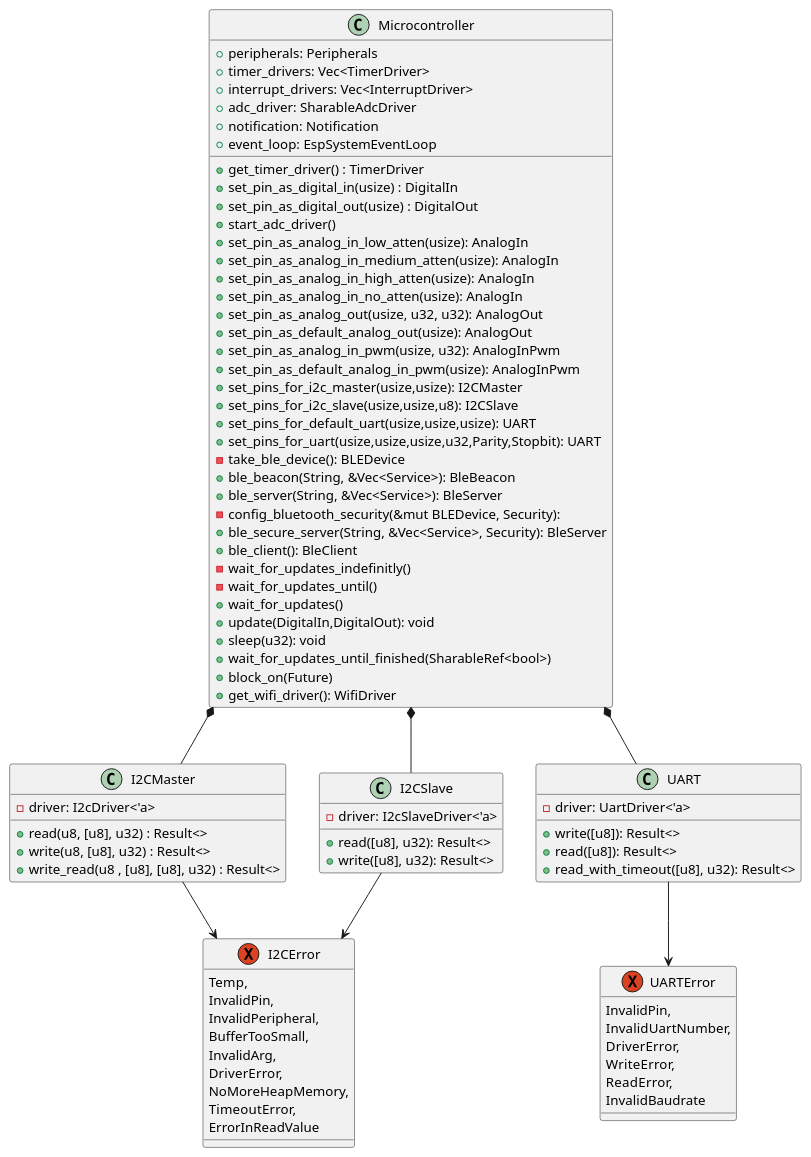
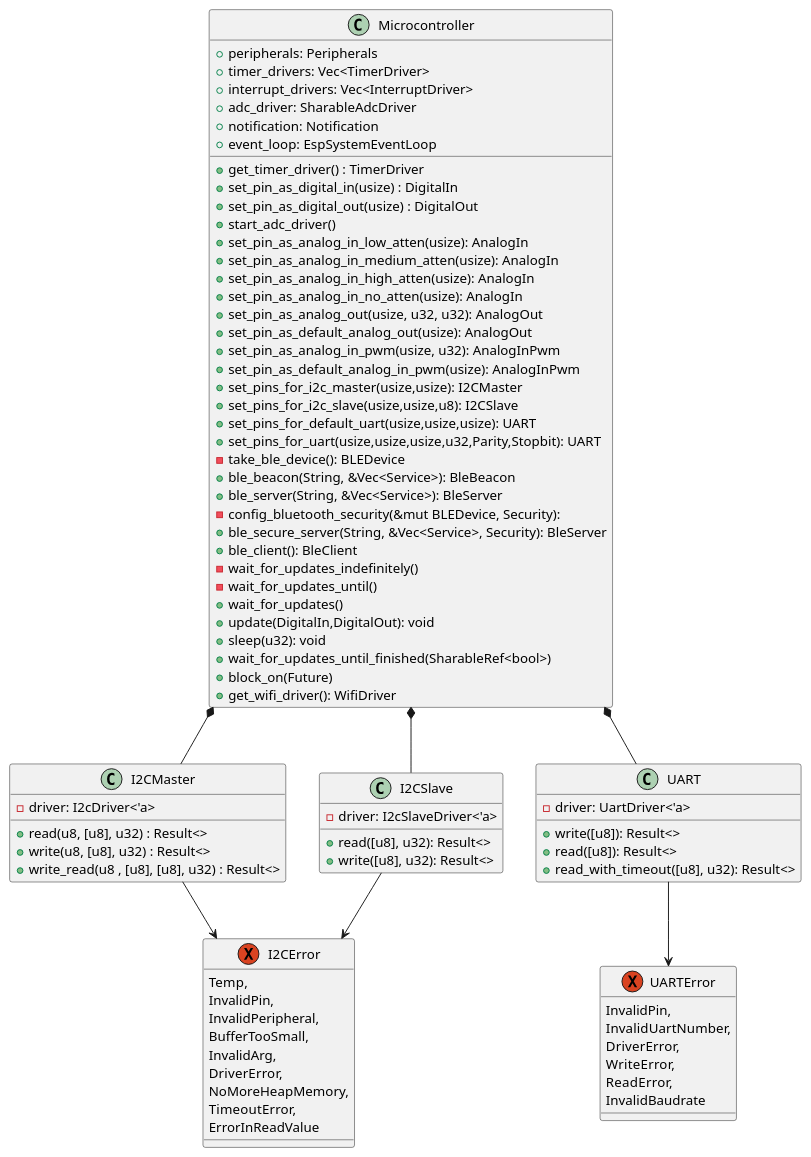
The diagram in diagrams/microcontroller-serial.puml (esp32framework/esp32framework), drawn with PlantUML before and after one commit. The commit also changed 6 other files, not shown here.

```diff
--- a/diagrams/microcontroller-serial.puml
+++ b/diagrams/microcontroller-serial.puml
@@ -1,91 +1,91 @@
 @startuml Microcontroller serial
 
 class Microcontroller {
     + peripherals: Peripherals
     + timer_drivers: Vec<TimerDriver>
     + interrupt_drivers: Vec<InterruptDriver>
     + adc_driver: SharableAdcDriver
     + notification: Notification
     + event_loop: EspSystemEventLoop
     + get_timer_driver() : TimerDriver
     + set_pin_as_digital_in(usize) : DigitalIn
     + set_pin_as_digital_out(usize) : DigitalOut
     + start_adc_driver()
     + set_pin_as_analog_in_low_atten(usize): AnalogIn
     + set_pin_as_analog_in_medium_atten(usize): AnalogIn
     + set_pin_as_analog_in_high_atten(usize): AnalogIn
     + set_pin_as_analog_in_no_atten(usize): AnalogIn
     + set_pin_as_analog_out(usize, u32, u32): AnalogOut
     + set_pin_as_default_analog_out(usize): AnalogOut
     + set_pin_as_analog_in_pwm(usize, u32): AnalogInPwm
     + set_pin_as_default_analog_in_pwm(usize): AnalogInPwm
     + set_pins_for_i2c_master(usize,usize): I2CMaster
     + set_pins_for_i2c_slave(usize,usize,u8): I2CSlave
     + set_pins_for_default_uart(usize,usize,usize): UART
     + set_pins_for_uart(usize,usize,usize,u32,Parity,Stopbit): UART
     - take_ble_device(): BLEDevice
     + ble_beacon(String, &Vec<Service>): BleBeacon
     + ble_server(String, &Vec<Service>): BleServer
     - config_bluetooth_security(&mut BLEDevice, Security): 
     + ble_secure_server(String, &Vec<Service>, Security): BleServer
     + ble_client(): BleClient
-    - wait_for_updates_indefinitly()
+    - wait_for_updates_indefinitely()
     - wait_for_updates_until()
     + wait_for_updates()
     + update(DigitalIn,DigitalOut): void
     + sleep(u32): void
     + wait_for_updates_until_finished(SharableRef<bool>)
     + block_on(Future)
     + get_wifi_driver(): WifiDriver
 }
 
 class I2CMaster{
     - driver: I2cDriver<'a>
     + read(u8, [u8], u32) : Result<>
     + write(u8, [u8], u32) : Result<>
     + write_read(u8 , [u8], [u8], u32) : Result<>
 }
 
 class I2CSlave{
     - driver: I2cSlaveDriver<'a>
     + read([u8], u32): Result<>
     + write([u8], u32): Result<>
 }
 
 class UART{
     - driver: UartDriver<'a>
     + write([u8]): Result<>
     + read([u8]): Result<>
     +read_with_timeout([u8], u32): Result<>
 }
 
 exception I2CError {
     Temp,
     InvalidPin,
     InvalidPeripheral,
     BufferTooSmall,
     InvalidArg,
     DriverError,
     NoMoreHeapMemory,
     TimeoutError,
     ErrorInReadValue
 }
 
 exception UARTError{
     InvalidPin,
     InvalidUartNumber,
     DriverError,
     WriteError,
     ReadError,
     InvalidBaudrate
 }
 
 Microcontroller *-- I2CMaster
 Microcontroller *-- I2CSlave
 Microcontroller *-- UART
 UART --> UARTError
 I2CMaster --> I2CError
 I2CSlave --> I2CError
 
 
 @enduml
```
